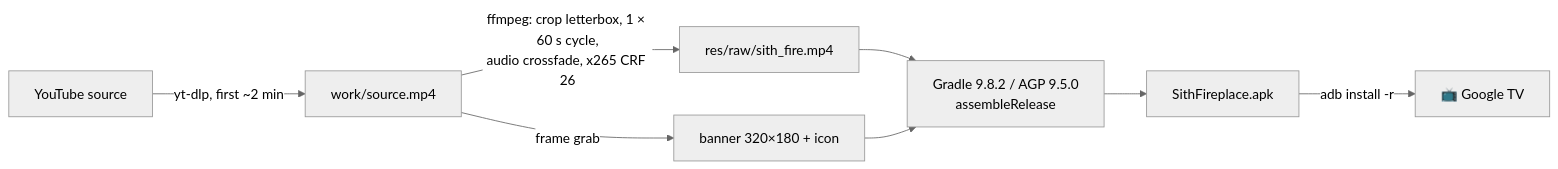
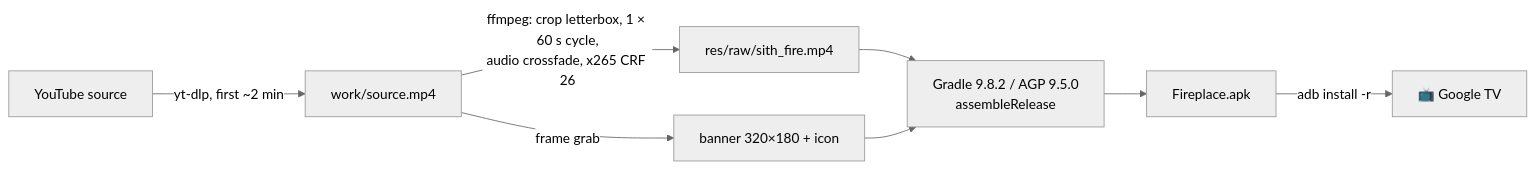
Before and after one commit to crash101g/sith-fireplace-tv: the diagram in README.md, drawn with Mermaid (neutral theme). The commit also changed other lines of this file and 6 other files, not shown here.

````diff
--- a/README.md
+++ b/README.md
@@ -160,10 +160,10 @@
 ```mermaid
 flowchart LR
     A[YouTube source] -->|yt-dlp, first ~2 min| B[work/source.mp4]
     B -->|ffmpeg: crop letterbox, 1 × 60 s cycle,<br/>audio crossfade, x265 CRF 26| C[res/raw/sith_fire.mp4]
     B -->|frame grab| D[banner 320×180 + icon]
     C --> E[Gradle 9.8.2 / AGP 9.5.0<br/>assembleRelease]
     D --> E
-    E --> F[SithFireplace.apk]
+    E --> F[Fireplace.apk]
     F -->|adb install -r| G[📺 Google TV]
 ```
````
